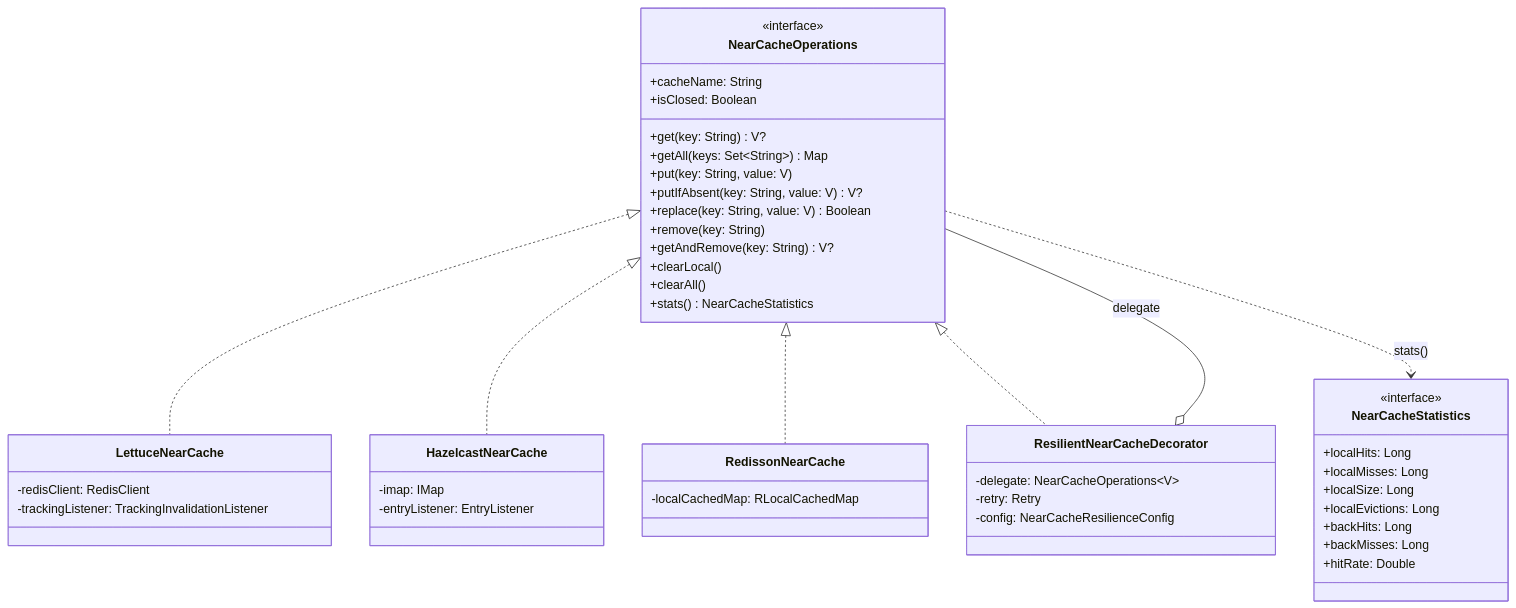
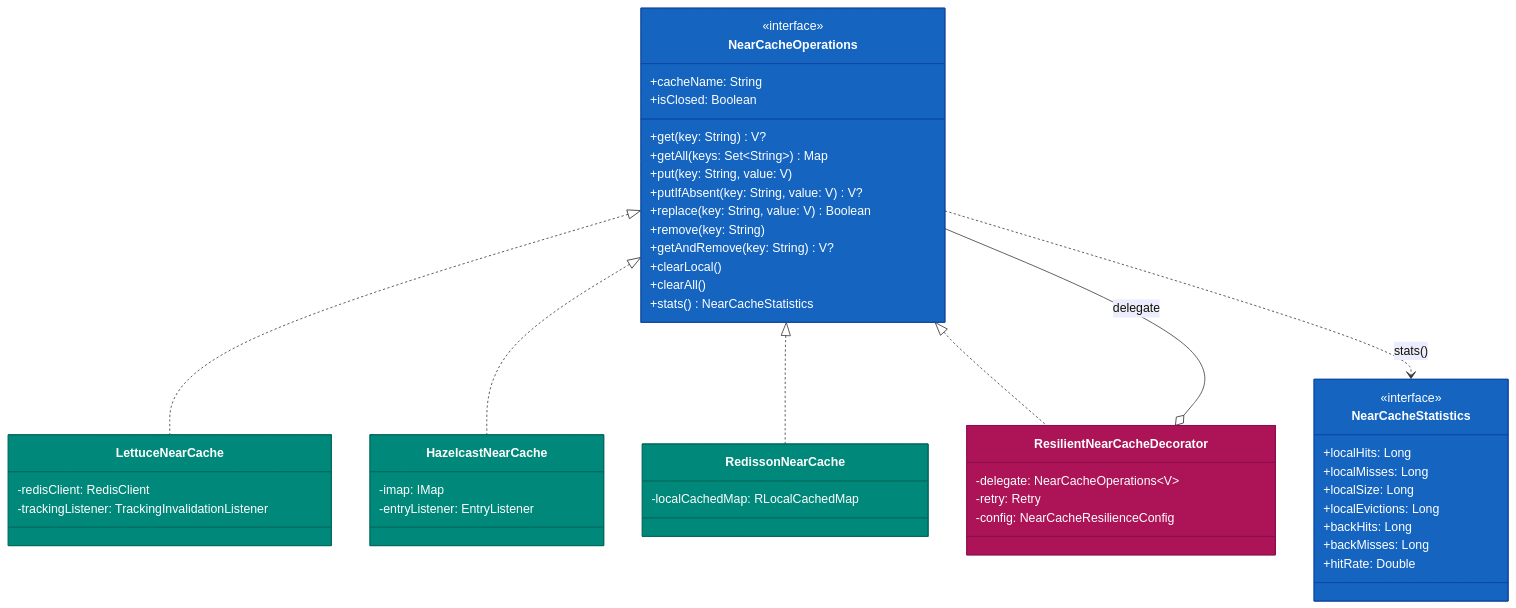
The third of 7 diagrams in infra/cache-core/README.ko.md (bluetape4k/bluetape4k-projects), drawn with Mermaid before and after one commit. The commit also changed other lines of this file and 221 other files, not shown here.

First line of the commit message:
docs: 전체 모듈 README UML 다이어그램 보강 및 색상 업그레이드

````diff
--- a/infra/cache-core/README.ko.md
+++ b/infra/cache-core/README.ko.md
@@ -88,57 +100,64 @@
 ```mermaid
 classDiagram
     class NearCacheOperations {
         <<interface>>
         +cacheName: String
         +isClosed: Boolean
         +get(key: String) V?
         +getAll(keys: Set~String~) Map
         +put(key: String, value: V)
         +putIfAbsent(key: String, value: V) V?
         +replace(key: String, value: V) Boolean
         +remove(key: String)
         +getAndRemove(key: String) V?
         +clearLocal()
         +clearAll()
         +stats() NearCacheStatistics
     }
 
     class NearCacheStatistics {
         <<interface>>
         +localHits: Long
         +localMisses: Long
         +localSize: Long
         +localEvictions: Long
         +backHits: Long
         +backMisses: Long
         +hitRate: Double
     }
 
     class ResilientNearCacheDecorator {
         -delegate: NearCacheOperations~V~
         -retry: Retry
         -config: NearCacheResilienceConfig
     }
 
     class LettuceNearCache {
         -redisClient: RedisClient
         -trackingListener: TrackingInvalidationListener
     }
 
     class HazelcastNearCache {
         -imap: IMap
         -entryListener: EntryListener
     }
 
     class RedissonNearCache {
         -localCachedMap: RLocalCachedMap
     }
 
     NearCacheOperations <|.. LettuceNearCache
     NearCacheOperations <|.. HazelcastNearCache
     NearCacheOperations <|.. RedissonNearCache
     NearCacheOperations <|.. ResilientNearCacheDecorator
     NearCacheOperations --o ResilientNearCacheDecorator : delegate
     NearCacheOperations ..> NearCacheStatistics : stats()
 
+    style NearCacheOperations fill:#1565C0,stroke:#0D47A1,color:#FFFFFF
+    style NearCacheStatistics fill:#1565C0,stroke:#0D47A1,color:#FFFFFF
+    style ResilientNearCacheDecorator fill:#AD1457,stroke:#880E4F,color:#FFFFFF
+    style LettuceNearCache fill:#00897B,stroke:#00695C,color:#FFFFFF
+    style HazelcastNearCache fill:#00897B,stroke:#00695C,color:#FFFFFF
+    style RedissonNearCache fill:#00897B,stroke:#00695C,color:#FFFFFF
+
 ```
````
